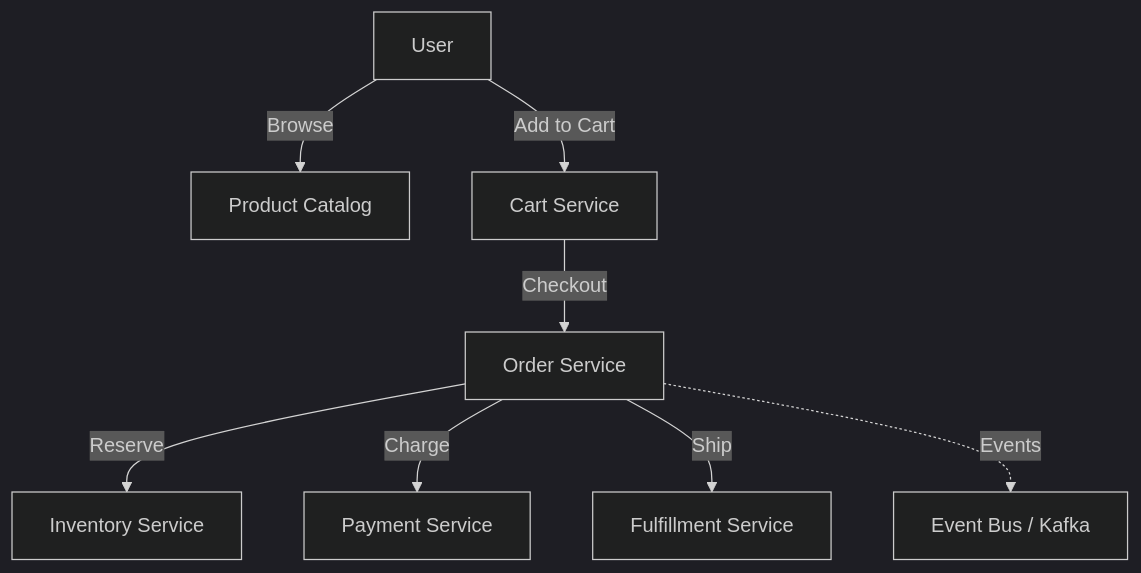
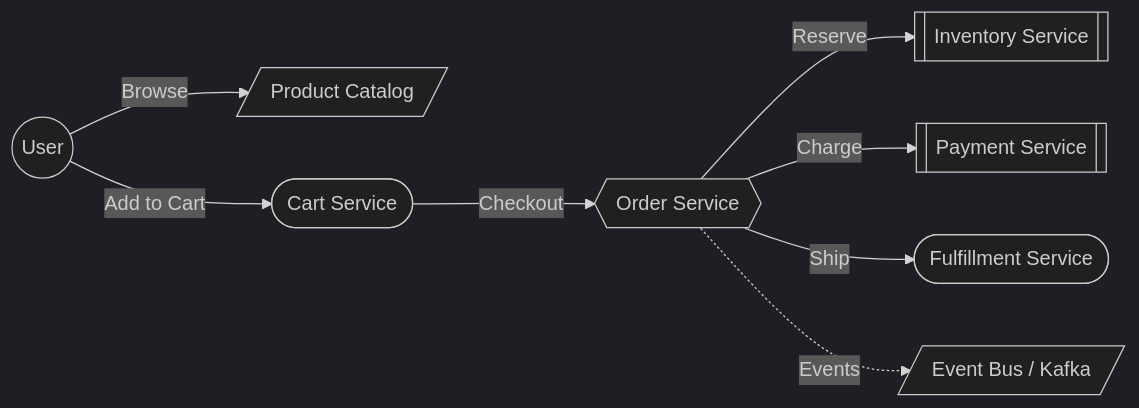
Before and after one commit to saivamsikaruturi/vamsilabs-dev-notes-main: the seventh of 12 diagrams in docs/interview/system-design.md, drawn with Mermaid (dark theme). The commit also changed other lines of this file and 146 other files, not shown here.

Commit message:
Horizontal diagrams, UML class diagrams, typography overhaul, and permalink cleanup

````diff
--- a/docs/interview/system-design.md
+++ b/docs/interview/system-design.md
@@ -467,10 +467,10 @@
     ```mermaid
-    flowchart TD
-        User -->|Browse| Catalog[Product Catalog]
-        User -->|Add to Cart| Cart[Cart Service]
-        Cart -->|Checkout| Order[Order Service]
-        Order -->|Reserve| Inventory[Inventory Service]
-        Order -->|Charge| Payment[Payment Service]
-        Order -->|Ship| Fulfillment[Fulfillment Service]
-        Order -.->|Events| Kafka[Event Bus / Kafka]
+    flowchart LR
+        User(("User")) -->|Browse| Catalog[/"Product Catalog"/]
+        User -->|Add to Cart| Cart(["Cart Service"])
+        Cart -->|Checkout| Order{{"Order Service"}}
+        Order -->|Reserve| Inventory[["Inventory Service"]]
+        Order -->|Charge| Payment[["Payment Service"]]
+        Order -->|Ship| Fulfillment(["Fulfillment Service"])
+        Order -.->|Events| Kafka[/"Event Bus / Kafka"/]
     ```
````
